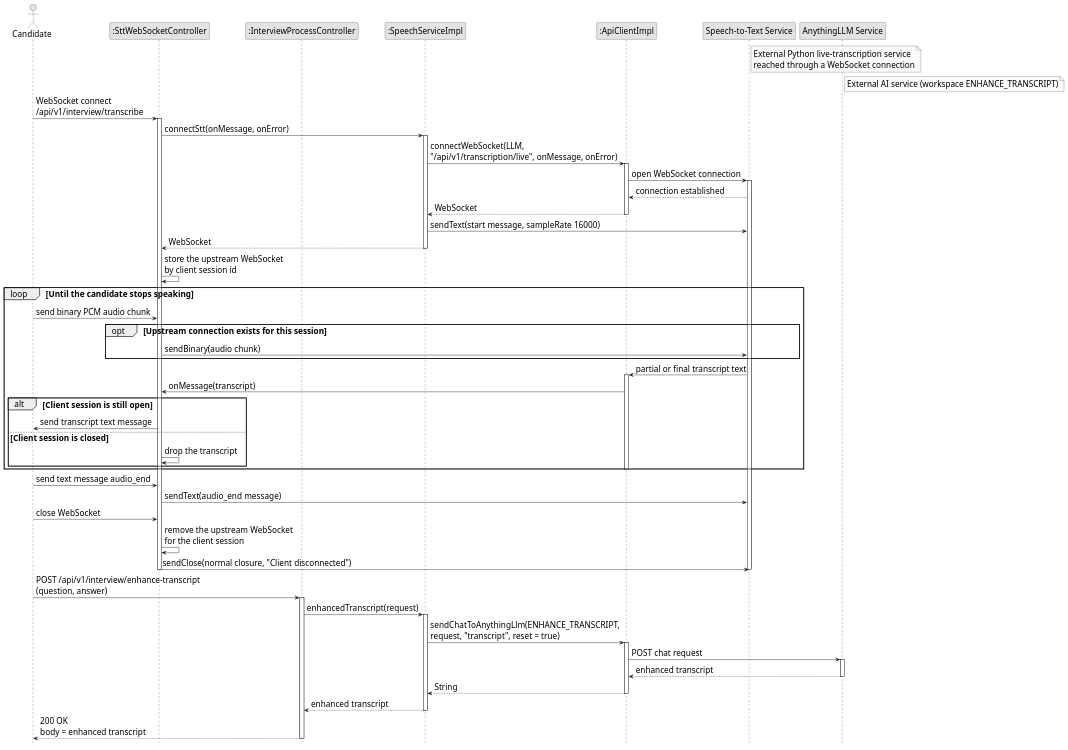
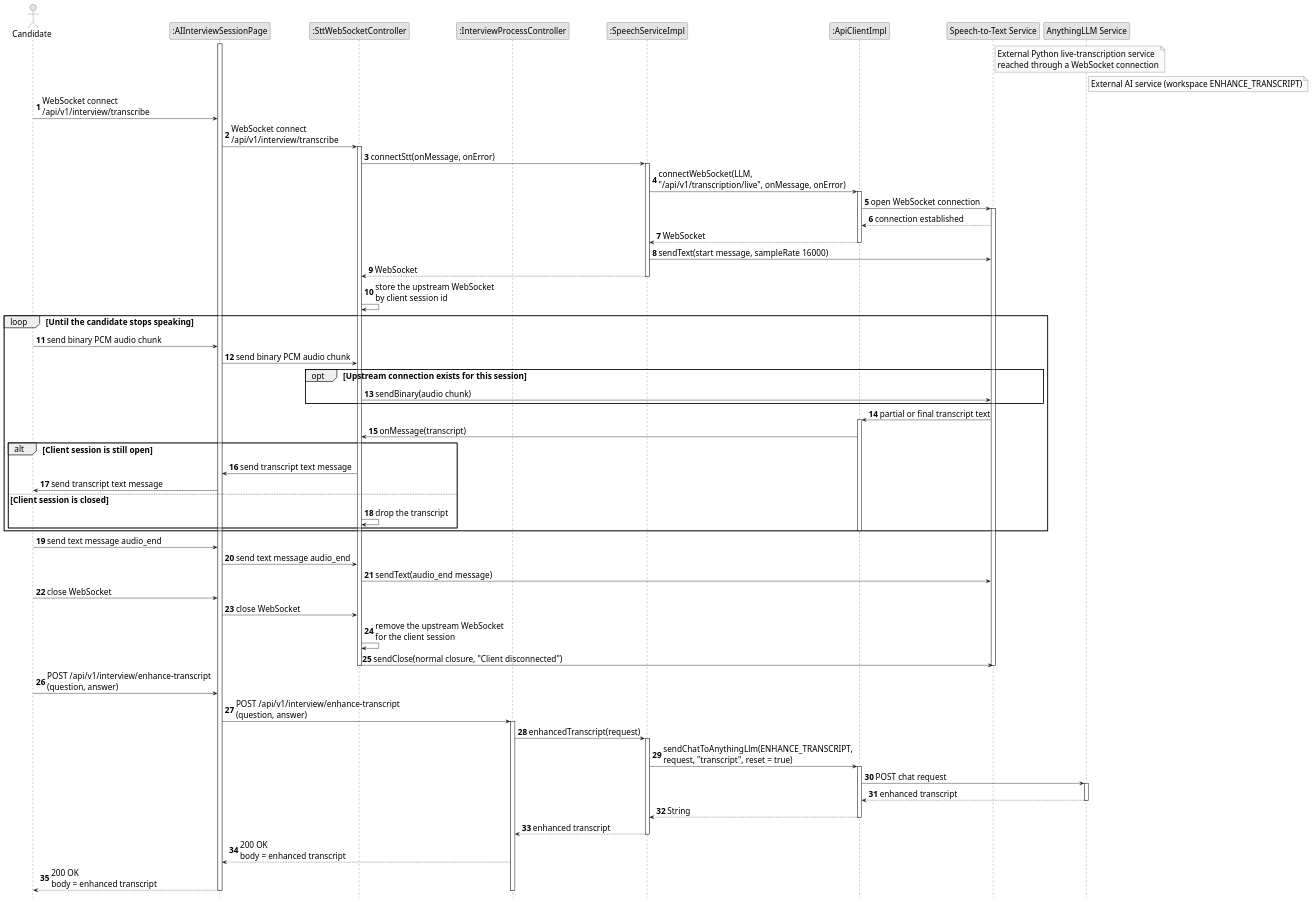
One commit to Kdz198/Inblue changed the diagram in diagram/sequence/sequence-3.5.2.1(2).puml. Above: the diagram before and after it, drawn with PlantUML. The commit also changed 35 other files, not shown here.

Commit message:
feat: update sequence diagrams to include client interactions and improve clarity

```diff
--- a/diagram/sequence/sequence-3.5.2.1(2).puml
+++ b/diagram/sequence/sequence-3.5.2.1(2).puml
@@ -1,112 +1,126 @@
 @startuml TranscribeCandidateSpeechWithStt
 skinparam monochrome true
 skinparam shadowing false
 skinparam defaultFontSize 20
 
 ' Do not repeat participant boxes at the bottom of the diagram
 hide footbox
 
 <style>
 sequenceDiagram {
   groupHeader {
     FontStyle plain
   }
 }
 </style>
 
+autonumber
+
 actor "Candidate" as Candidate
+participant ":AIInterviewSessionPage" as Client
 participant ":SttWebSocketController" as SttController
 participant ":InterviewProcessController" as Controller
 participant ":SpeechServiceImpl" as Service
 participant ":ApiClientImpl" as ApiClient
 participant "Speech-to-Text Service" as SttService
 participant "AnythingLLM Service" as LlmService
 
 note right of SttService
   External Python live-transcription service
   reached through a WebSocket connection
 end note
 
 note right of LlmService
   External AI service (workspace ENHANCE_TRANSCRIPT)
 end note
 
 ' ===================== Open the live transcription channel =====================
 
-Candidate -> SttController : WebSocket connect\n/api/v1/interview/transcribe
+activate Client
+
+Candidate -> Client : WebSocket connect\n/api/v1/interview/transcribe
+Client -> SttController : WebSocket connect\n/api/v1/interview/transcribe
 activate SttController
 
 SttController -> Service : connectStt(onMessage, onError)
 activate Service
 
 Service -> ApiClient : connectWebSocket(LLM,\n"/api/v1/transcription/live", onMessage, onError)
 activate ApiClient
 ApiClient -> SttService : open WebSocket connection
 activate SttService
 SttService --> ApiClient : connection established
 ApiClient --> Service : WebSocket
 deactivate ApiClient
 
 Service -> SttService : sendText(start message, sampleRate 16000)
 
 Service --> SttController : WebSocket
 deactivate Service
 
 SttController -> SttController : store the upstream WebSocket\nby client session id
 
 ' ===================== Stream microphone audio and receive transcripts =====================
 
 loop Until the candidate stops speaking
-    Candidate -> SttController : send binary PCM audio chunk
+    Candidate -> Client : send binary PCM audio chunk
+    Client -> SttController : send binary PCM audio chunk
 
     opt Upstream connection exists for this session
         SttController -> SttService : sendBinary(audio chunk)
     end
 
     SttService -> ApiClient : partial or final transcript text
     activate ApiClient
     ApiClient -> SttController : onMessage(transcript)
 
     alt Client session is still open
-        SttController -> Candidate : send transcript text message
+        SttController -> Client : send transcript text message
+        Client -> Candidate : send transcript text message
     else Client session is closed
         SttController -> SttController : drop the transcript
     end
     deactivate ApiClient
 end
 
-Candidate -> SttController : send text message audio_end
+Candidate -> Client : send text message audio_end
+Client -> SttController : send text message audio_end
 SttController -> SttService : sendText(audio_end message)
 
 ' ===================== Close the channel =====================
 
-Candidate -> SttController : close WebSocket
+Candidate -> Client : close WebSocket
+Client -> SttController : close WebSocket
 SttController -> SttController : remove the upstream WebSocket\nfor the client session
 SttController -> SttService : sendClose(normal closure, "Client disconnected")
 deactivate SttService
 deactivate SttController
 
 ' ===================== Polish the final transcript =====================
 
-Candidate -> Controller : POST /api/v1/interview/enhance-transcript\n(question, answer)
+Candidate -> Client : POST /api/v1/interview/enhance-transcript\n(question, answer)
+Client -> Controller : POST /api/v1/interview/enhance-transcript\n(question, answer)
 activate Controller
 
 Controller -> Service : enhancedTranscript(request)
 activate Service
 
 Service -> ApiClient : sendChatToAnythingLlm(ENHANCE_TRANSCRIPT,\nrequest, "transcript", reset = true)
 activate ApiClient
 ApiClient -> LlmService : POST chat request
 activate LlmService
 LlmService --> ApiClient : enhanced transcript
 deactivate LlmService
 ApiClient --> Service : String
 deactivate ApiClient
 
 Service --> Controller : enhanced transcript
 deactivate Service
 
-Controller --> Candidate : 200 OK\nbody = enhanced transcript
+Controller --> Client : 200 OK\nbody = enhanced transcript
+Client --> Candidate : 200 OK\nbody = enhanced transcript
 deactivate Controller
 
+deactivate Client
+
 @enduml
```
